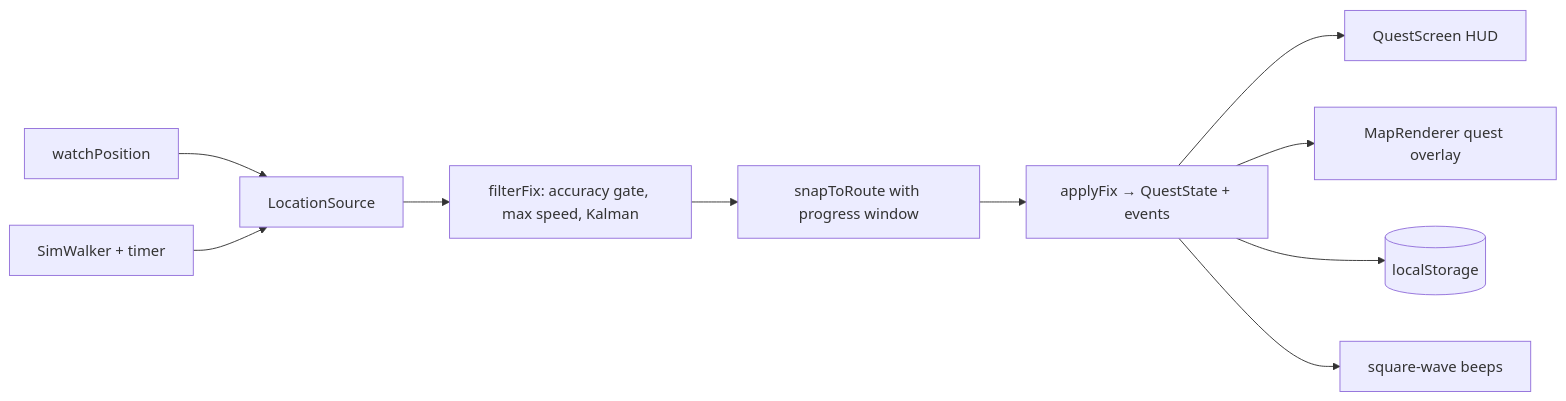
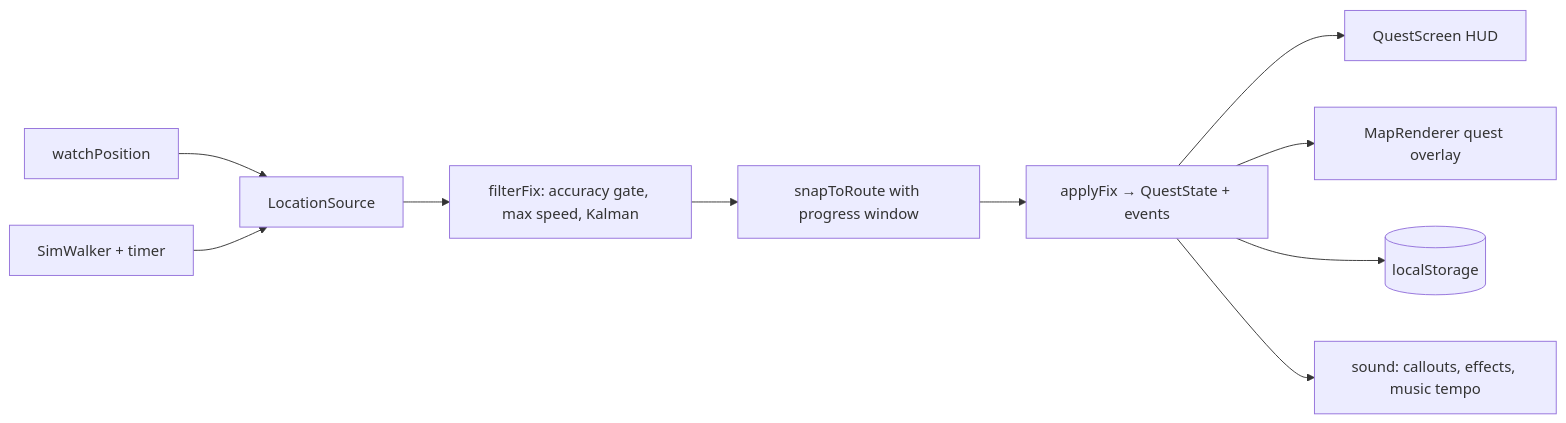
One commit to ilias-el-jaafari/stepquest changed the second of 3 diagrams in .kiro/specs/step-quest/design.md. Above: the diagram before and after it, drawn with Mermaid. The commit also changed other lines of this file and 37 other files, not shown here.

First line of the commit message:
Phase 4: robot voice, chiptune that follows your pace, sound effects and sound settings

````diff
--- a/.kiro/specs/step-quest/design.md
+++ b/.kiro/specs/step-quest/design.md
@@ -59,12 +59,12 @@
 ```mermaid
 flowchart LR
   GPS[watchPosition] --> Src[LocationSource]
   Sim[SimWalker + timer] --> Src
   Src --> Filter[filterFix: accuracy gate, max speed, Kalman]
   Filter --> Snap[snapToRoute with progress window]
   Snap --> Reducer[applyFix → QuestState + events]
   Reducer --> HUD[QuestScreen HUD]
   Reducer --> Map[MapRenderer quest overlay]
   Reducer --> Store[(localStorage)]
-  Reducer --> Beep[square-wave beeps]
+  Reducer --> Audio[sound: callouts, effects, music tempo]
 ```
````
